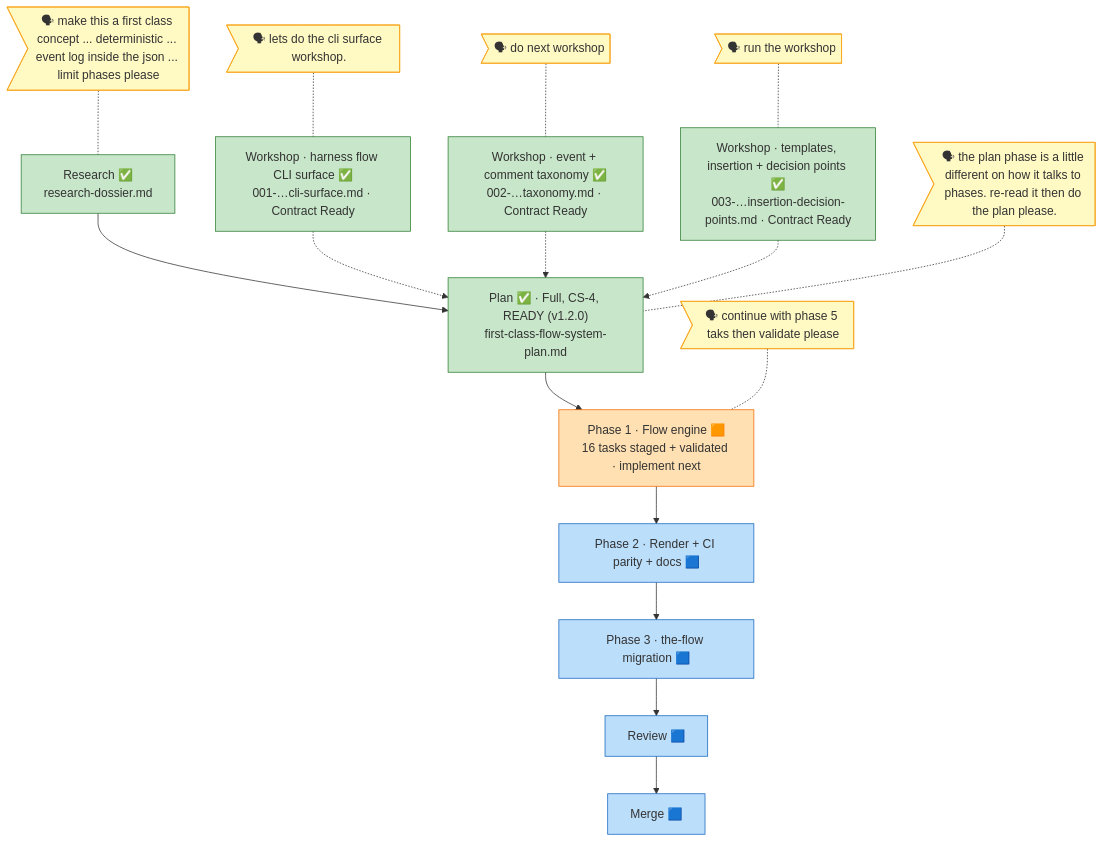
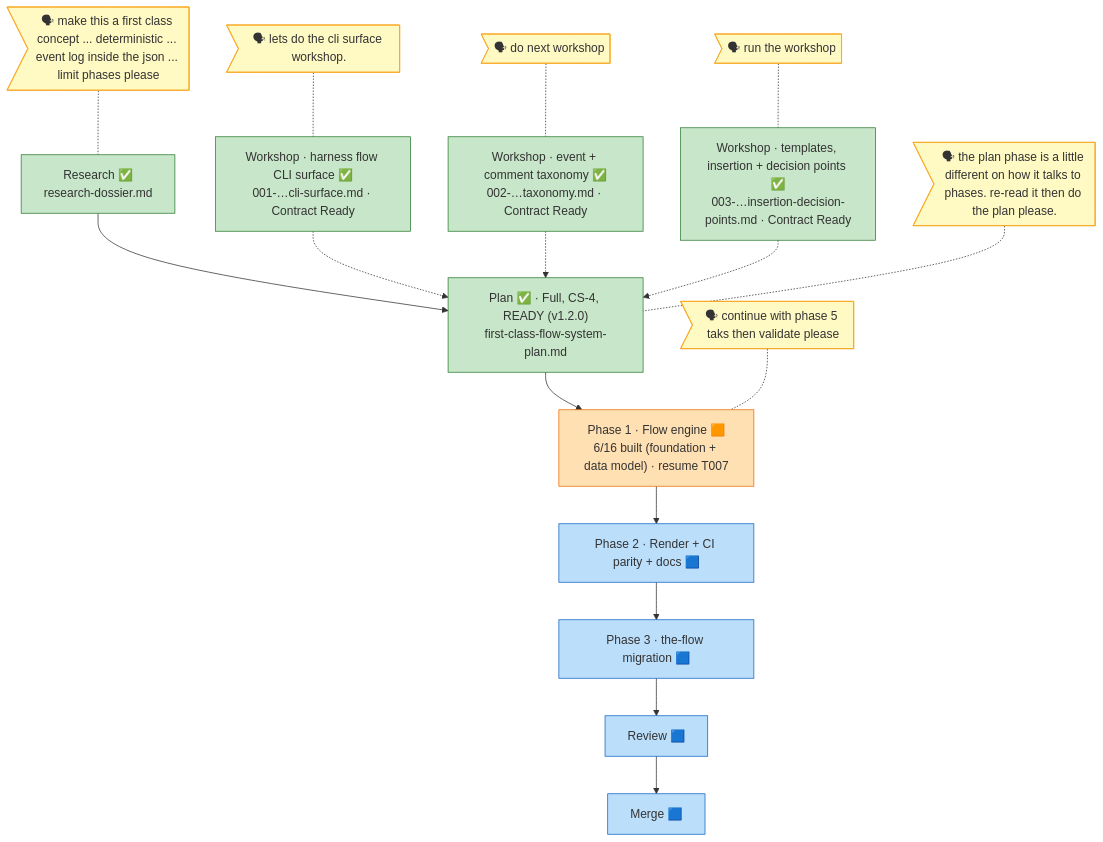
The diagram in docs/plans/024-first-class-flow-system/the-flow.md (AI-Substrate/harness-engineering), drawn with Mermaid before and after one commit. The commit also changed other lines of this file and 4 other files, not shown here.

First line of the commit message:
docs(024): Phase 1 build checkpoint — 6/16 (foundation + data model)

````diff
--- a/docs/plans/024-first-class-flow-system/the-flow.md
+++ b/docs/plans/024-first-class-flow-system/the-flow.md
@@ -6,46 +6,46 @@
 ```mermaid
 flowchart TD
     research["Research ✅<br/>research-dossier.md"]:::done
     plan["Plan ✅ · Full, CS-4, READY (v1.2.0)<br/>first-class-flow-system-plan.md"]:::done
-    p1["Phase 1 · Flow engine 🟧<br/>16 tasks staged + validated · implement next"]:::wip
+    p1["Phase 1 · Flow engine 🟧<br/>6/16 built (foundation + data model) · resume T007"]:::wip
     p2["Phase 2 · Render + CI parity + docs 🟦"]:::known
     p3["Phase 3 · the-flow migration 🟦"]:::known
     review["Review 🟦"]:::known
     merge["Merge 🟦"]:::known
 
     research --> plan
     plan --> p1
     p1 --> p2
     p2 --> p3
     p3 --> review
     review --> merge
 
     wsc["Workshop · harness flow CLI surface ✅<br/>001-…cli-surface.md · Contract Ready"]:::done
     wse["Workshop · event + comment taxonomy ✅<br/>002-…taxonomy.md · Contract Ready"]:::done
     wsi["Workshop · templates, insertion + decision points ✅<br/>003-…insertion-decision-points.md · Contract Ready"]:::done
     wsc -.-> plan
     wse -.-> plan
     wsi -.-> plan
 
     say_wsc>"🗣 lets do the cli surface workshop."]:::said
     say_wsc -.- wsc
     say_wse>"🗣 do next workshop"]:::said
     say_wse -.- wse
     say_wsi>"🗣 run the workshop"]:::said
     say_wsi -.- wsi
 
     say_r>"🗣 make this a first class concept ... deterministic ... event log inside the json ... limit phases please"]:::said
     say_r -.- research
     say_p>"🗣 the plan phase is a little different on how it talks to phases. re-read it then do the plan please."]:::said
     say_p -.- plan
     say_p1>"🗣 continue with phase 5 taks then validate please"]:::said
     say_p1 -.- p1
 
     classDef done fill:#C8E6C9,stroke:#2E7D32;
     classDef wip fill:#FFE0B2,stroke:#EF6C00;
     classDef blocked fill:#FFCDD2,stroke:#C62828;
     classDef known fill:#BBDEFB,stroke:#1565C0;
     classDef assumed fill:#ECEFF1,stroke:#90A4AE,stroke-dasharray:5 3;
     classDef said fill:#FFF9C4,stroke:#F9A825;
     classDef harness fill:#EDE7F6,stroke:#673AB7;
 ```
````
